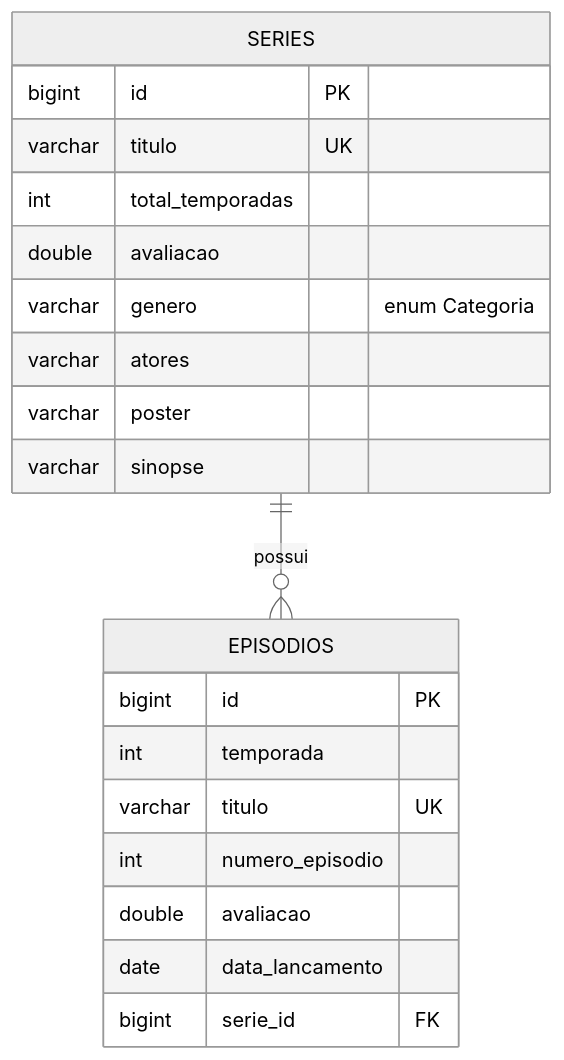
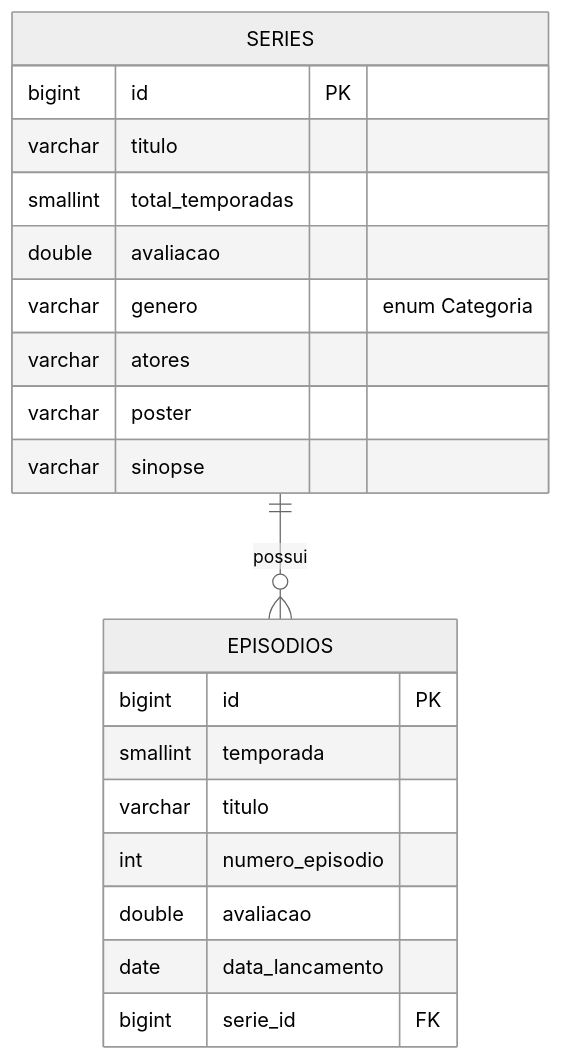
Before and after one commit to IgorPedrol/Screenmatch: the sixth of 7 diagrams in README.md, drawn with Mermaid (neutral theme). The commit also changed other lines of this file, not shown here.

````diff
--- a/README.md
+++ b/README.md
@@ -283,25 +286,25 @@
 ```mermaid
 erDiagram
     SERIES ||--o{ EPISODIOS : "possui"
 
     SERIES {
         bigint id PK
-        varchar titulo UK
-        int total_temporadas
+        varchar titulo
+        smallint total_temporadas
         double avaliacao
         varchar genero "enum Categoria"
         varchar atores
         varchar poster
         varchar sinopse
     }
 
     EPISODIOS {
         bigint id PK
-        int temporada
-        varchar titulo UK
+        smallint temporada
+        varchar titulo
         int numero_episodio
         double avaliacao
         date data_lancamento
         bigint serie_id FK
     }
 ```
````
